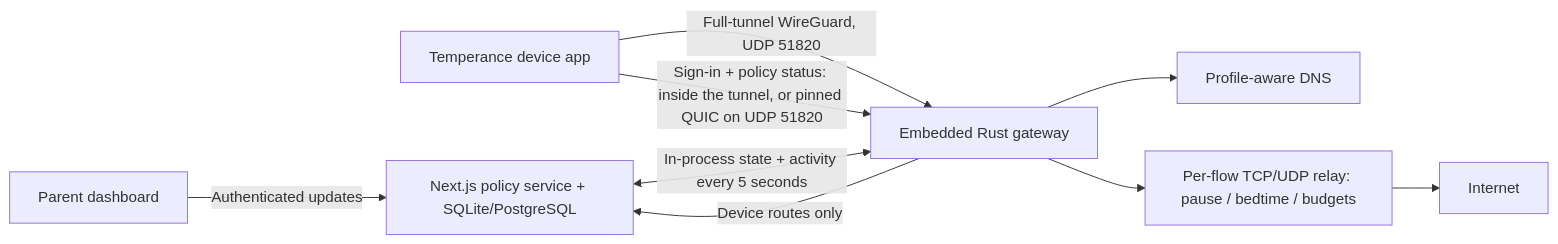
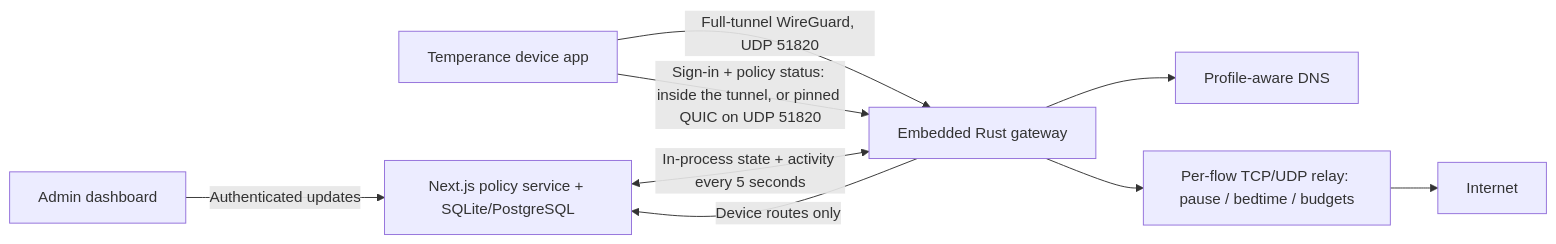
The diagram in docs/architecture.md (MisterTea/temperance), drawn with Mermaid before and after one commit. The commit also changed other lines of this file and 39 other files, not shown here.

````diff
--- a/docs/architecture.md
+++ b/docs/architecture.md
@@ -3,11 +3,11 @@
 ```mermaid
 flowchart LR
-  Parent[Parent dashboard] -->|Authenticated updates| Control[Next.js policy service + SQLite/PostgreSQL]
+  Admin[Admin dashboard] -->|Authenticated updates| Control[Next.js policy service + SQLite/PostgreSQL]
   App[Temperance device app] -->|Full-tunnel WireGuard, UDP 51820| Gateway[Embedded Rust gateway]
   App -->|Sign-in + policy status: inside the tunnel, or pinned QUIC on UDP 51820| Gateway
   Gateway -->|Device routes only| Control
   Control <-->|In-process state + activity every 5 seconds| Gateway
   Gateway --> DNS[Profile-aware DNS]
   Gateway --> Flows[Per-flow TCP/UDP relay: pause / bedtime / budgets]
   Flows --> Internet
 ```
````
